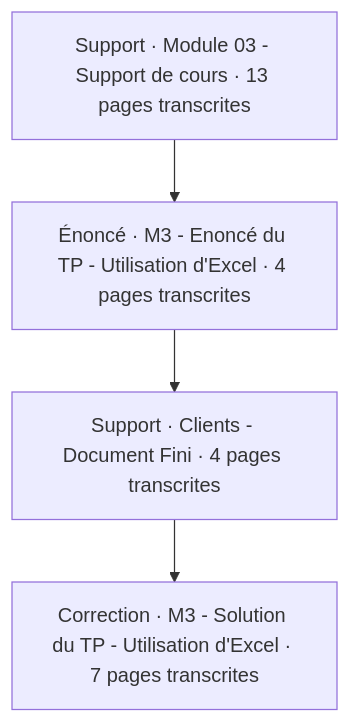
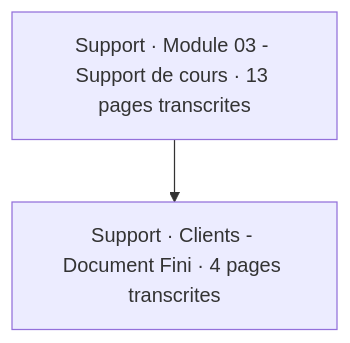
Before and after one commit to sk34pk25/tssr-cours: the first of 5 diagrams in docs/modules/03-microsoft-365-outils-collaboratifs/module-03-connaissances-des-notions-de-base-d-excel.md, drawn with Mermaid. The commit also changed other lines of this file and 108 other files, not shown here.

````diff
--- a/docs/modules/03-microsoft-365-outils-collaboratifs/module-03-connaissances-des-notions-de-base-d-excel.md
+++ b/docs/modules/03-microsoft-365-outils-collaboratifs/module-03-connaissances-des-notions-de-base-d-excel.md
@@ -14,10 +14,6 @@
 ```mermaid
 flowchart TD
     N1["Support · Module 03 - Support de cours · 13 pages transcrites"]
-    N2["Énoncé · M3 - Enoncé du TP - Utilisation d'Excel · 4 pages transcrites"]
     N3["Support · Clients - Document Fini · 4 pages transcrites"]
-    N4["Correction · M3 - Solution du TP - Utilisation d'Excel · 7 pages transcrites"]
-    N1 --> N2
-    N2 --> N3
-    N3 --> N4
+    N1 --> N3
 ```
````
